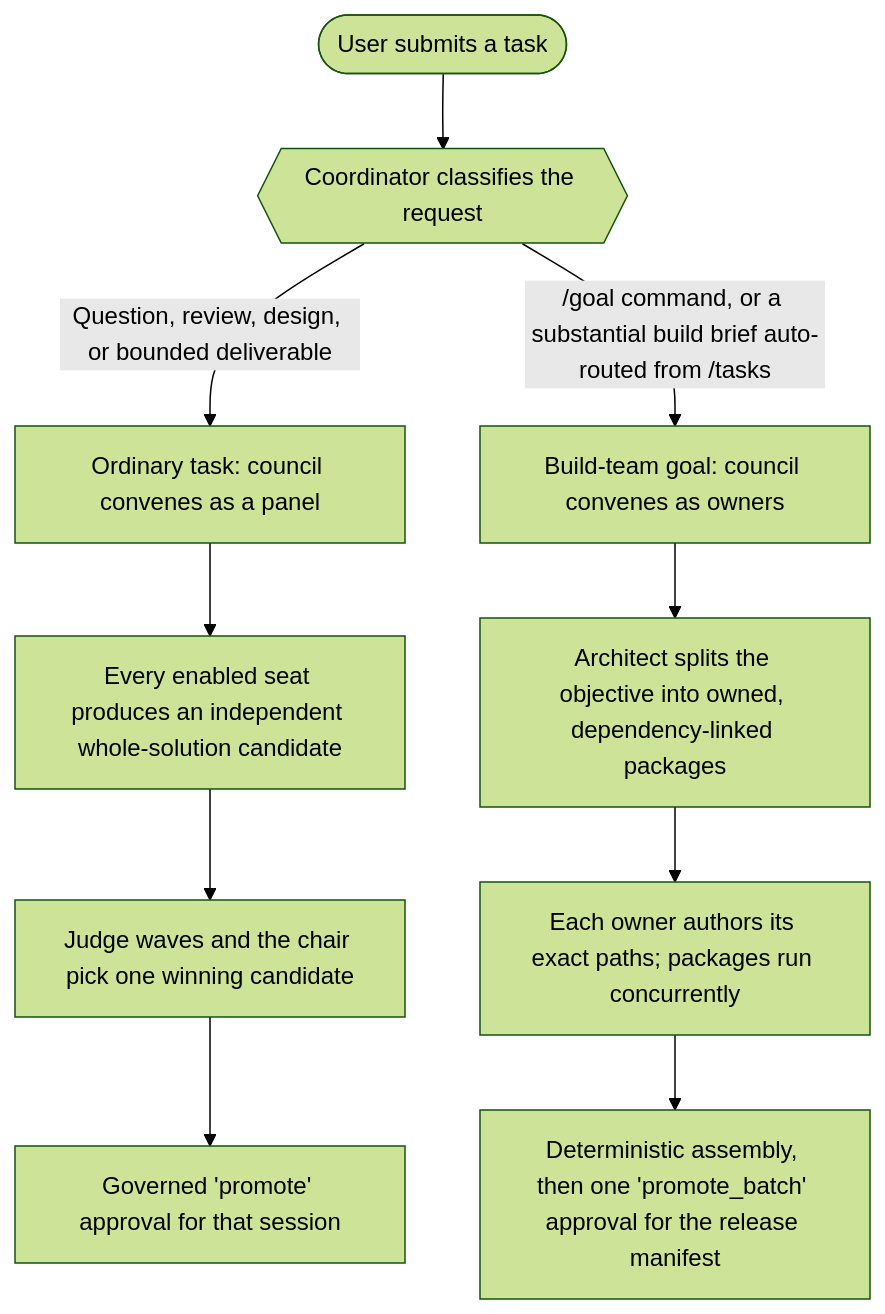
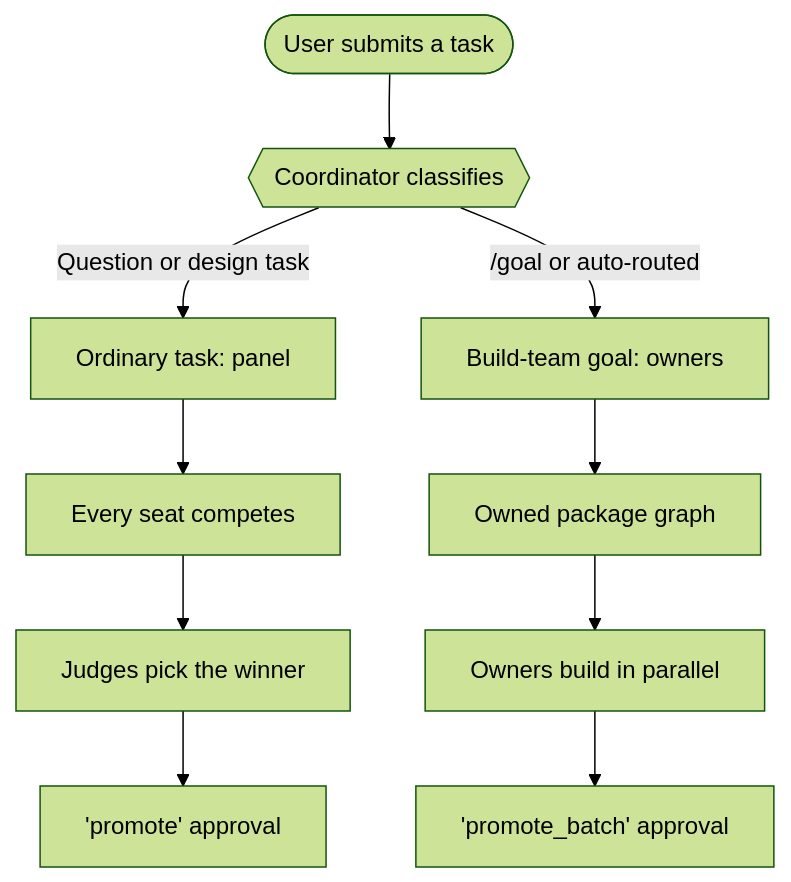
The first of 3 diagrams in README.md (Digitalgods2/gangof8), drawn with Mermaid (forest theme) before and after one commit. The commit also changed other lines of this file, not shown here.

First line of the commit message:
fix: shorten Mermaid labels to avoid GitHub's node-wrap clipping bug

````diff
--- a/README.md
+++ b/README.md
@@ -51,16 +51,12 @@
 ```mermaid
 flowchart TD
-    Start(["User submits a task"]) --> Classify{{"`Coordinator classifies the request`"}}
-
-    Classify -->|"`Question, review, design, or bounded deliverable`"| Ordinary["`Ordinary task: council convenes as a panel`"]
-    Classify -->|"`/goal command, or a substantial build brief auto-routed from /tasks`"| Goal["`Build-team goal: council convenes as owners`"]
-
-    Ordinary --> OrdinaryWhat["`Every enabled seat produces an independent whole-solution candidate`"]
-    Goal --> GoalWhat["`Architect splits the objective into owned, dependency-linked packages`"]
-
-    OrdinaryWhat --> OrdinaryPick["`Judge waves and the chair pick one winning candidate`"]
-    GoalWhat --> GoalPick["`Each owner authors its exact paths; packages run concurrently`"]
-
-    OrdinaryPick --> OrdinaryDeliver["`Governed 'promote' approval for that session`"]
-    GoalPick --> GoalDeliver["`Deterministic assembly, then one 'promote_batch' approval for the release manifest`"]
+    Start(["User submits a task"]) --> Classify{{"Coordinator classifies"}}
+    Classify -->|"Question or design task"| Ordinary["Ordinary task: panel"]
+    Classify -->|"/goal or auto-routed"| Goal["Build-team goal: owners"]
+    Ordinary --> OrdinaryWhat["Every seat competes"]
+    Goal --> GoalWhat["Owned package graph"]
+    OrdinaryWhat --> OrdinaryPick["Judges pick the winner"]
+    GoalWhat --> GoalPick["Owners build in parallel"]
+    OrdinaryPick --> OrdinaryDeliver["'promote' approval"]
+    GoalPick --> GoalDeliver["'promote_batch' approval"]
 ```
````
